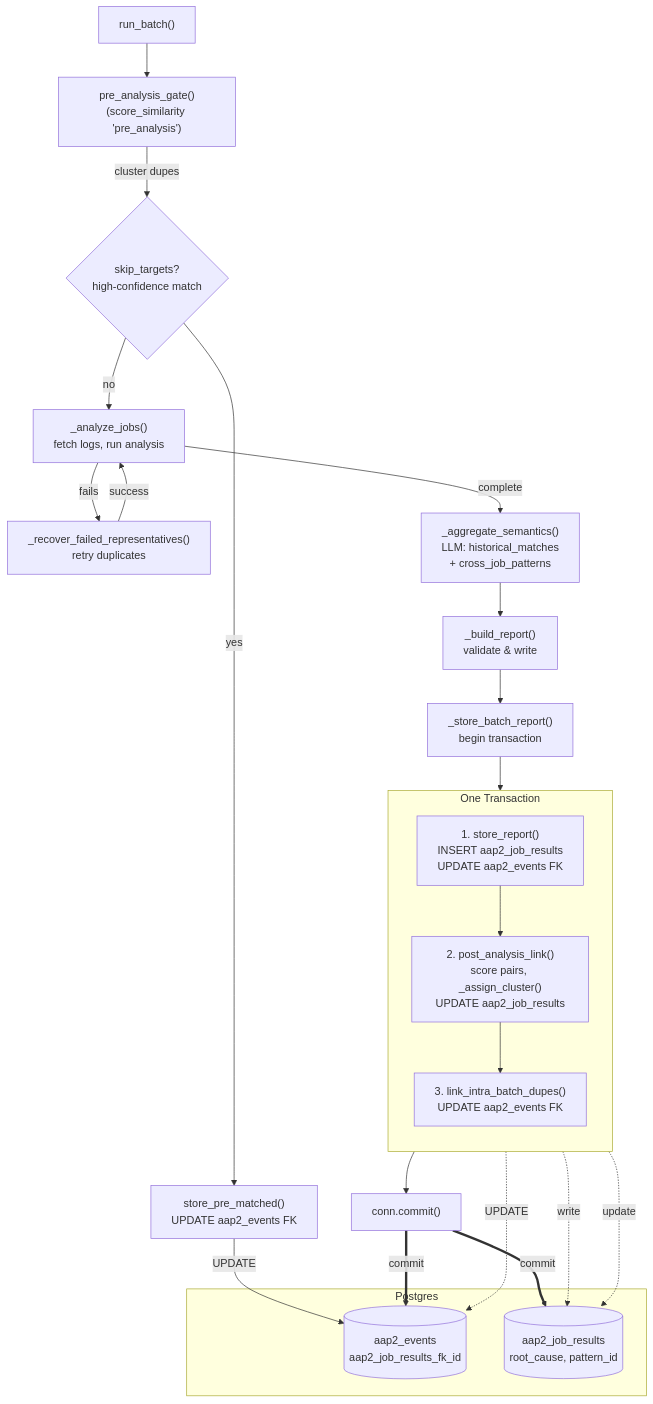
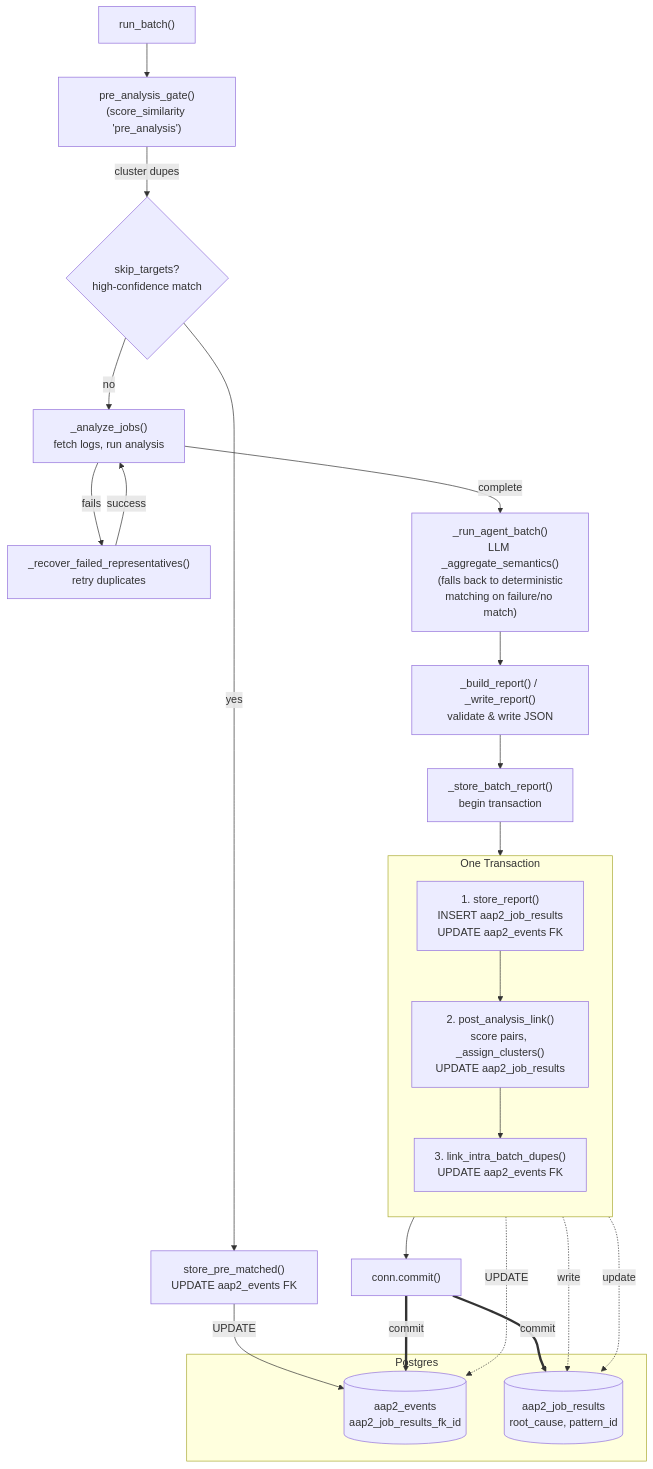
Before and after one commit to Shreyanand/aap2-rca-agent: the diagram in docs/design/batch-pipeline-flow.mmd, drawn with Mermaid.

Commit message:
Fix diagram accuracy: _assign_clusters name, _run_agent_batch fallback
- _assign_cluster() -> _assign_clusters() (actual function name)
- G node now reflects _run_agent_batch() wrapping _aggregate_semantics()
  with its deterministic-matching fallback on LLM failure/empty match
- H node credits both _build_report() and _write_report() for
  validation and JSON writing

```diff
--- a/docs/design/batch-pipeline-flow.mmd
+++ b/docs/design/batch-pipeline-flow.mmd
@@ -1,53 +1,54 @@
 flowchart TD
     A["run_batch()"] --> B["pre_analysis_gate()
 (score_similarity 'pre_analysis')"]
 
     B -->|cluster dupes| C{"skip_targets?
 high-confidence match"}
     C -->|yes| D["store_pre_matched()
 UPDATE aap2_events FK"]
     C -->|no| E["_analyze_jobs()
 fetch logs, run analysis"]
 
     E -->|fails| F["_recover_failed_representatives()
 retry duplicates"]
     F -->|success| E
-    E -->|complete| G["_aggregate_semantics()
-LLM: historical_matches
-+ cross_job_patterns"]
+    E -->|complete| G["_run_agent_batch()
+LLM _aggregate_semantics()
+(falls back to deterministic
+matching on failure/no match)"]
 
-    G --> H["_build_report()
-validate & write"]
+    G --> H["_build_report() / _write_report()
+validate & write JSON"]
 
     H --> I["_store_batch_report()
 begin transaction"]
 
     subgraph TXN["One Transaction"]
         direction TB
         J["1. store_report()
 INSERT aap2_job_results
 UPDATE aap2_events FK"]
         K["2. post_analysis_link()
-score pairs, _assign_cluster()
+score pairs, _assign_clusters()
 UPDATE aap2_job_results"]
         M["3. link_intra_batch_dupes()
 UPDATE aap2_events FK"]
         J --> K --> M
     end
 
     I --> J
     M --> Z["conn.commit()"]
 
     subgraph DB["Postgres"]
         S[("aap2_events
 aap2_job_results_fk_id")]
         R[("aap2_job_results
 root_cause, pattern_id")]
     end
 
     D -->|"UPDATE"| S
     J -.->|"write"| R
     K -.->|"update"| R
     M -.->|"UPDATE"| S
     Z ==>|"commit"| S
     Z ==>|"commit"| R
```
